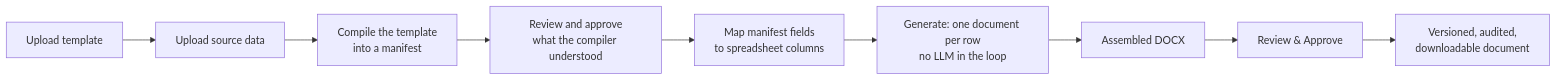
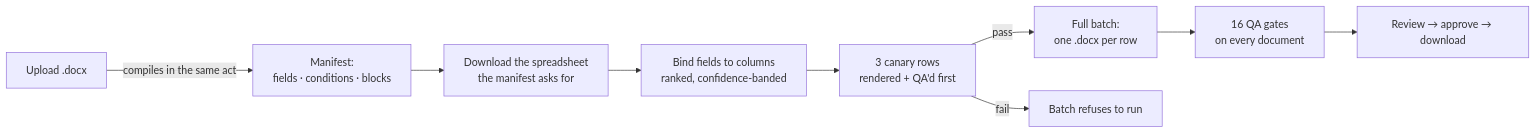
Before and after one commit to pythometa1/docucraft-ai: the first of 3 diagrams in README.md, drawn with Mermaid. The commit also changed other lines of this file and 31 other files, not shown here.

````diff
--- a/README.md
+++ b/README.md
@@ -62,11 +64,11 @@
 ```mermaid
 flowchart LR
-  A[Upload template] --> B[Upload source data]
-  B --> C[Compile the template\ninto a manifest]
-  C --> D[Review and approve\nwhat the compiler understood]
-  D --> E[Map manifest fields\nto spreadsheet columns]
-  E --> F[Generate: one document per row\nno LLM in the loop]
-  F --> G[Assembled DOCX]
-  G --> H[Review & Approve]
-  H --> I[Versioned, audited,\ndownloadable document]
+  A[Upload .docx] -->|compiles in the same act| B[Manifest:<br/>fields · conditions · blocks]
+  B --> C[Download the spreadsheet<br/>the manifest asks for]
+  C --> D[Bind fields to columns<br/>ranked, confidence-banded]
+  D --> E[3 canary rows<br/>rendered + QA'd first]
+  E -->|pass| F[Full batch:<br/>one .docx per row]
+  E -->|fail| G[Batch refuses to run]
+  F --> H[16 QA gates<br/>on every document]
+  H --> I[Review → approve → download]
 ```
````
